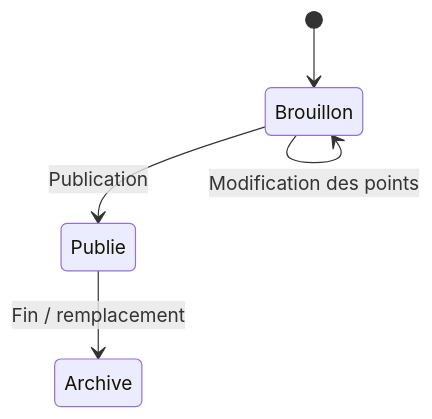
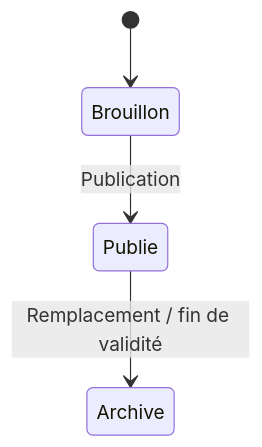
One commit to ranya20/abhl-barrages-platform-demo changed the fourth of 5 diagrams in README.md. Above: the diagram before and after it, drawn with Mermaid. The commit also changed other lines of this file, not shown here.

````diff
--- a/README.md
+++ b/README.md
@@ -281,7 +434,6 @@
 ```mermaid
 stateDiagram-v2
     [*] --> Brouillon
     Brouillon --> Publie : Publication
-    Publie --> Archive : Fin / remplacement
-    Brouillon --> Brouillon : Modification des points
+    Publie --> Archive : Remplacement / fin de validité
 ```
````
